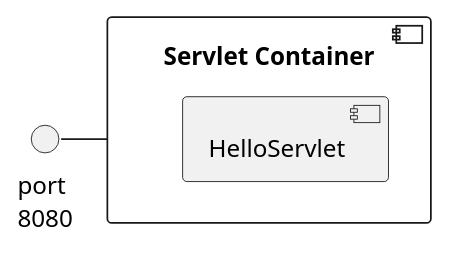
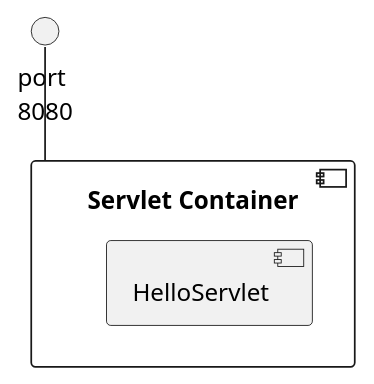
The diagram in doc/servlet-container.puml (e-Contract/enterprise-jsf), drawn with PlantUML before and after one commit. The commit also changed 3 other files, not shown here.

Commit message:
improved directory structure diagrams

```diff
--- a/doc/servlet-container.puml
+++ b/doc/servlet-container.puml
@@ -1,16 +1,16 @@
 @startuml
 
 ' Enterprise JSF project.
 '
-' Copyright 2023 e-Contract.be BV. All rights reserved.
+' Copyright 2023-2024 e-Contract.be BV. All rights reserved.
 ' e-Contract.be BV proprietary/confidential. Use is subject to license terms.
 
 component "Servlet Container" as ServletContainer {
     component HelloServlet
 }
 
 interface "port\n8080" as 8080
 
-8080 - ServletContainer
+8080 -- ServletContainer
 
 @enduml
```
